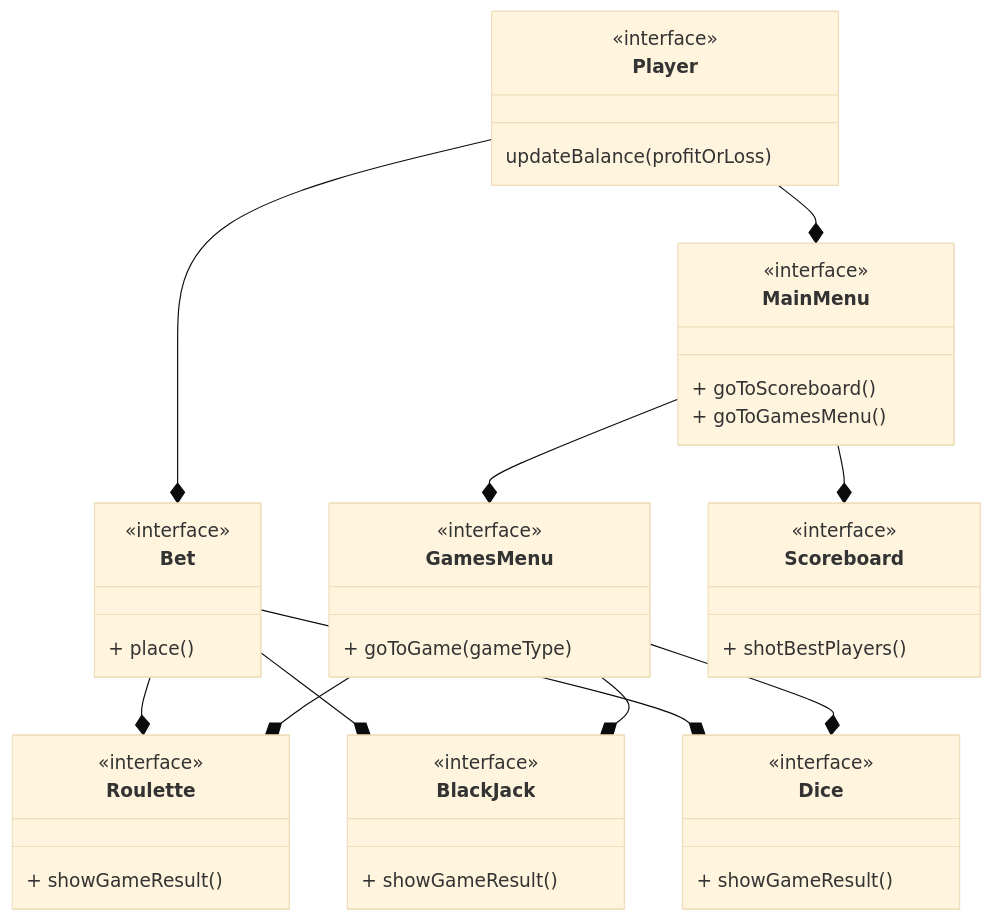
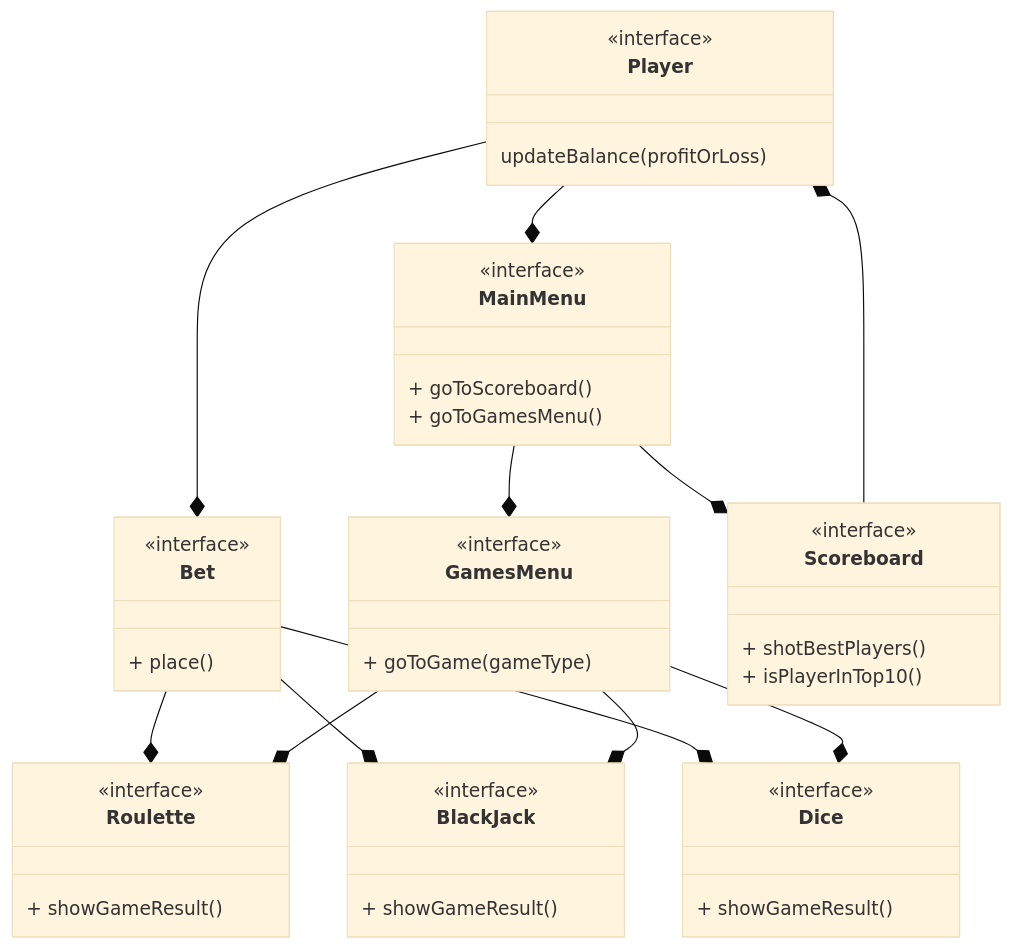
Before and after one commit to MatteoCalvanico/pss23-Calvanico-Monti-Ghinelli-VirtualCasino: the first of 4 diagrams in Relazione.md, drawn with Mermaid (base theme).

Commit message:
minor uml update

````diff
--- a/Relazione.md
+++ b/Relazione.md
@@ -46,55 +46,57 @@
 ```mermaid
 classDiagram
 
 class MainMenu {
   + goToScoreboard()
   + goToGamesMenu()
 }
 <<interface>> MainMenu
 
 class Player {
     updateBalance(profitOrLoss)
 }
 <<interface>> Player
 
 class GamesMenu {
   + goToGame(gameType)
 }
 <<interface>> GamesMenu
 
 class Bet {
   + place()
 }
 <<interface>> Bet
 
 class BlackJack {
   + showGameResult()
 }
 <<interface>> BlackJack
 
 class Roulette {
   + showGameResult()
 }
 <<interface>> Roulette
 
 class Dice {
   + showGameResult()
 }
 <<interface>> Dice
 
 class Scoreboard {
   + shotBestPlayers()
+  + isPlayerInTop10()
 }
 <<interface>> Scoreboard
 
 Player --* Bet
 Player --* MainMenu
 MainMenu --* GamesMenu
 MainMenu --* Scoreboard
+Player *-- Scoreboard
 Bet --* Roulette
 Bet --* BlackJack
 Bet --* Dice
 GamesMenu --* Roulette
 GamesMenu --* BlackJack
 GamesMenu --* Dice
 ```
````
